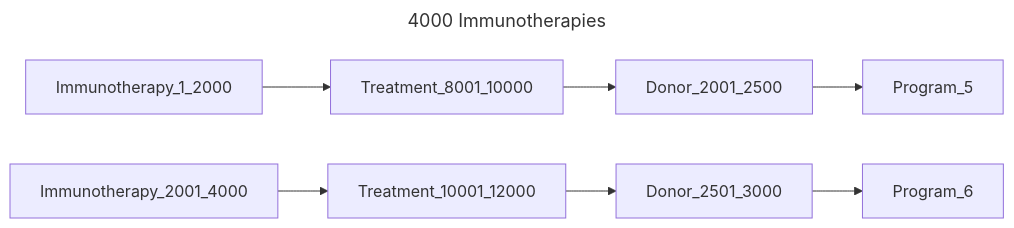
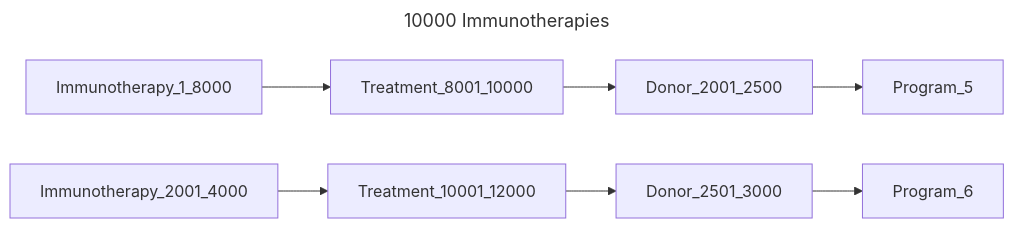
The eighth of 14 diagrams in chord_metadata_service/mohpackets/data/large_dataset/README.md (bento-platform/katsu), drawn with Mermaid before and after one commit. The commit also changed other lines of this file, not shown here.

````diff
--- a/chord_metadata_service/mohpackets/data/large_dataset/README.md
+++ b/chord_metadata_service/mohpackets/data/large_dataset/README.md
@@ -126,8 +126,8 @@
 ```mermaid
 ---
-title: 4000 Immunotherapies
+title: 10000 Immunotherapies
 ---
 graph LR;  
-  Immunotherapy_1_2000 --> Treatment_8001_10000 -->  Donor_2001_2500 --> Program_5;  
+  Immunotherapy_1_8000 --> Treatment_8001_10000 -->  Donor_2001_2500 --> Program_5;  
   Immunotherapy_2001_4000 -->  Treatment_10001_12000 --> Donor_2501_3000 --> Program_6;  
 ```
````
